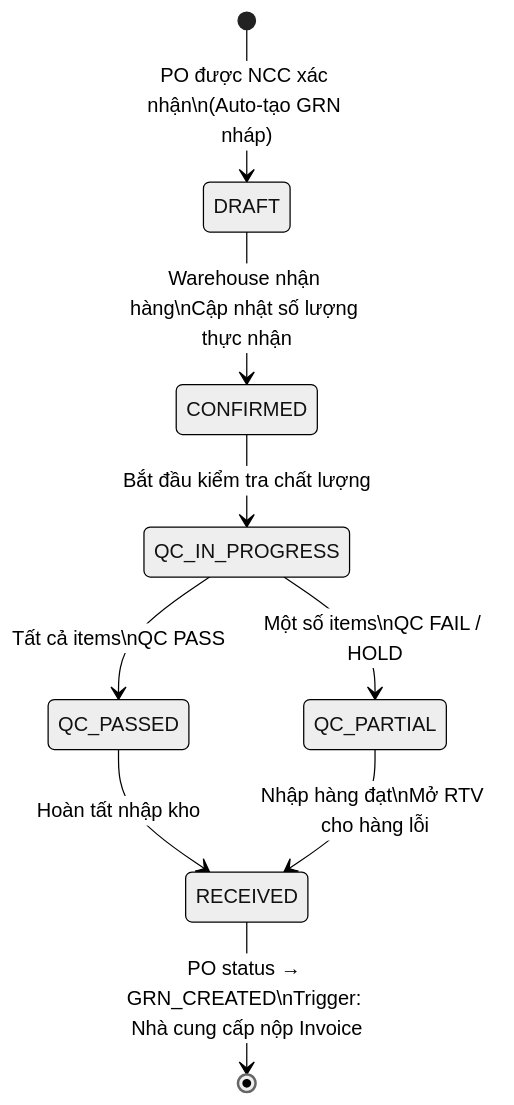
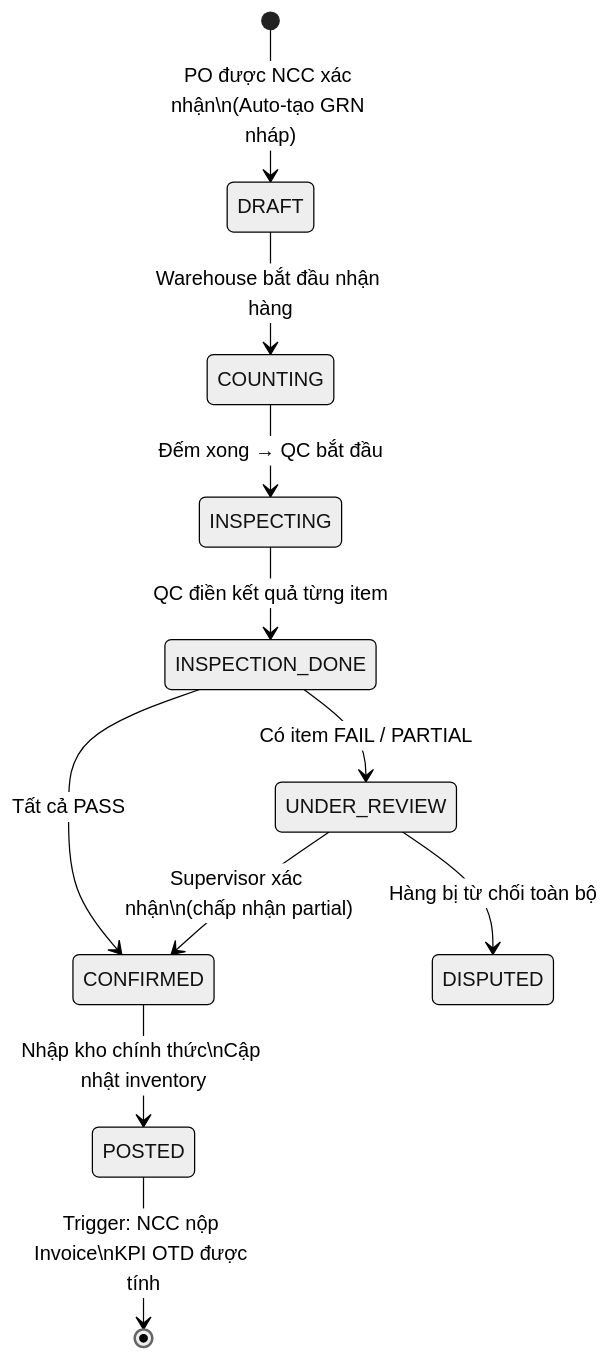
The fifth of 10 diagrams in README.md (NguyenDinhNam28803/Order_Management_System), drawn with Mermaid (neutral theme) before and after one commit. The commit also changed other lines of this file, not shown here.

````diff
--- a/README.md
+++ b/README.md
@@ -258,17 +293,18 @@
 ```mermaid
 stateDiagram-v2
     [*] --> DRAFT : PO được NCC xác nhận\n(Auto-tạo GRN nháp)
 
-    DRAFT --> CONFIRMED : Warehouse nhận hàng\nCập nhật số lượng thực nhận
+    DRAFT --> COUNTING : Warehouse bắt đầu nhận hàng
+    COUNTING --> INSPECTING : Đếm xong → QC bắt đầu
+    INSPECTING --> INSPECTION_DONE : QC điền kết quả từng item
 
-    CONFIRMED --> QC_IN_PROGRESS : Bắt đầu kiểm tra chất lượng
+    INSPECTION_DONE --> UNDER_REVIEW : Có item FAIL / PARTIAL
+    INSPECTION_DONE --> CONFIRMED : Tất cả PASS
 
-    QC_IN_PROGRESS --> QC_PASSED : Tất cả items\nQC PASS
+    UNDER_REVIEW --> CONFIRMED : Supervisor xác nhận\n(chấp nhận partial)
+    UNDER_REVIEW --> DISPUTED : Hàng bị từ chối toàn bộ
 
-    QC_IN_PROGRESS --> QC_PARTIAL : Một số items\nQC FAIL / HOLD
+    CONFIRMED --> POSTED : Nhập kho chính thức\nCập nhật inventory
 
-    QC_PASSED --> RECEIVED : Hoàn tất nhập kho
-    QC_PARTIAL --> RECEIVED : Nhập hàng đạt\nMở RTV cho hàng lỗi
-
-    RECEIVED --> [*] : PO status → GRN_CREATED\nTrigger: Nhà cung cấp nộp Invoice
+    POSTED --> [*] : Trigger: NCC nộp Invoice\nKPI OTD được tính
 ```
````
